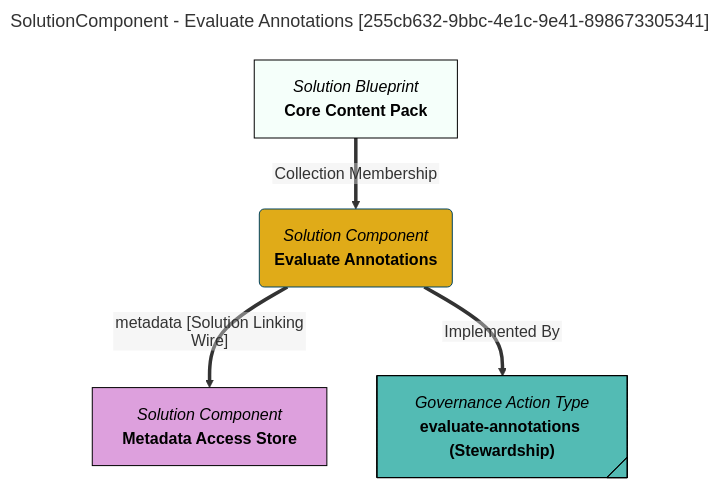
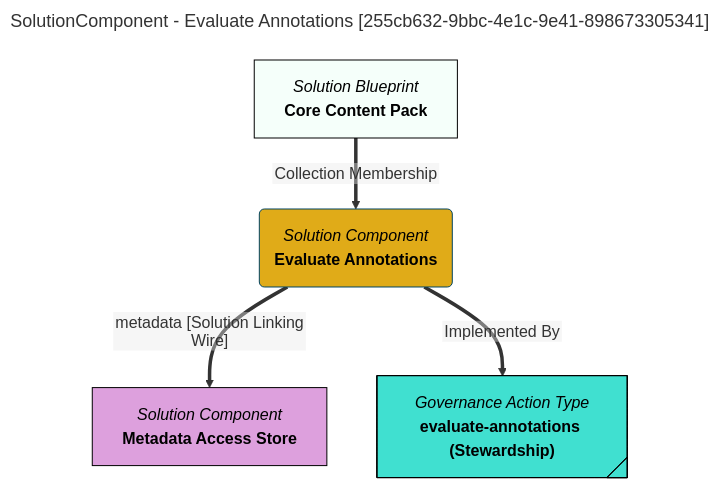
Before and after one commit to odpi/egeria-docs: the diagram in site/snippets/blueprints/components/evaluate-annotations-mermaid-graph.md, drawn with Mermaid. The commit also changed 2201 other files, not shown here.

````diff
--- a/site/snippets/blueprints/components/evaluate-annotations-mermaid-graph.md
+++ b/site/snippets/blueprints/components/evaluate-annotations-mermaid-graph.md
@@ -1,25 +1,25 @@
 ```mermaid
 ---
 title: SolutionComponent - Evaluate Annotations [255cb632-9bbc-4e1c-9e41-898673305341]
 ---
 flowchart TD
 %%{init: {"flowchart": {"htmlLabels": false}} }%%
 
 1@{ shape: rounded, label: "*Solution Component*
 **Evaluate Annotations**"}
 2@{ shape: rect, label: "*Solution Blueprint*
 **Core Content Pack**"}
 2==>|"Collection Membership"|1
 3@{ shape: rect, label: "*Solution Component*
 **Metadata Access Store**"}
 1==>|"metadata [Solution Linking Wire]"|3
 4@{ shape: tag-rect, label: "*Governance Action Type*
 **evaluate-annotations (Stewardship)**"}
 1==>|"Implemented By"|4
 style 1 color:#000000, fill:#e0ab18, stroke:#004563
 style 2 color:#000000, fill:#f5fffa, stroke:#000000
-style 3 color:#000000, fill:#dda0dd, stroke:#000000
-style 4 color:#000000, fill:#53bbb4, stroke:#000000
+style 3 color:#000000, fill:#DDA0DD, stroke:#000000
+style 4 color:#000000, fill:#40E0D0, stroke:#000000
 click 1 "https://egeria-project.org/concepts/governance-action-type/" "Click for more documentation" _blank
 click 3 "https://egeria-project.org/concepts/metadata-access-store/" "Click for more documentation" _blank
 ```
````
